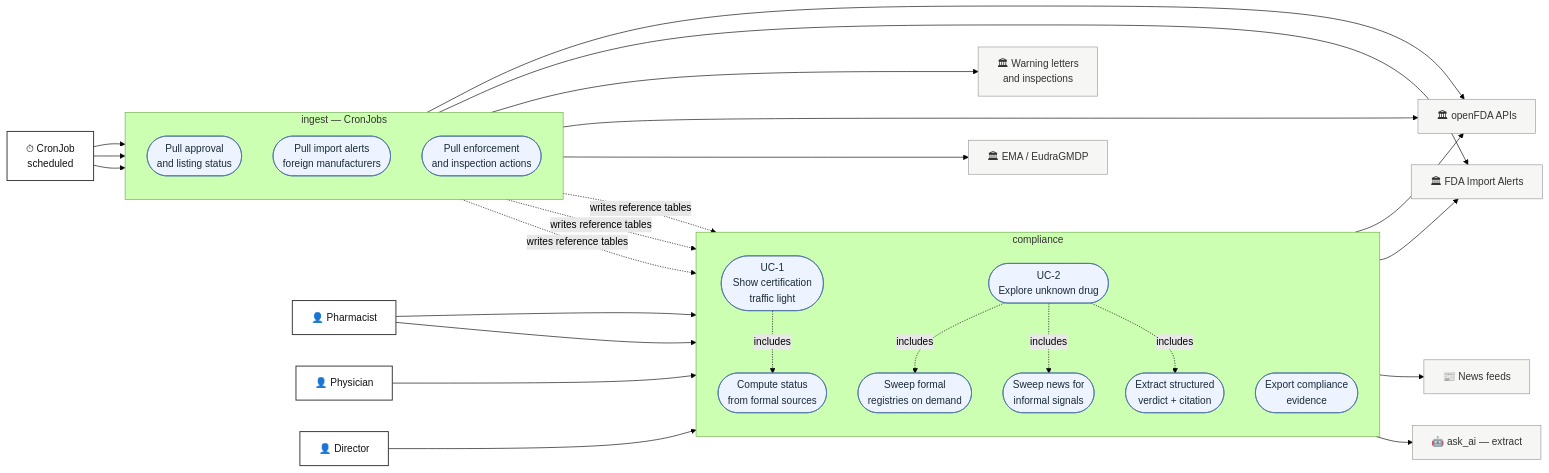
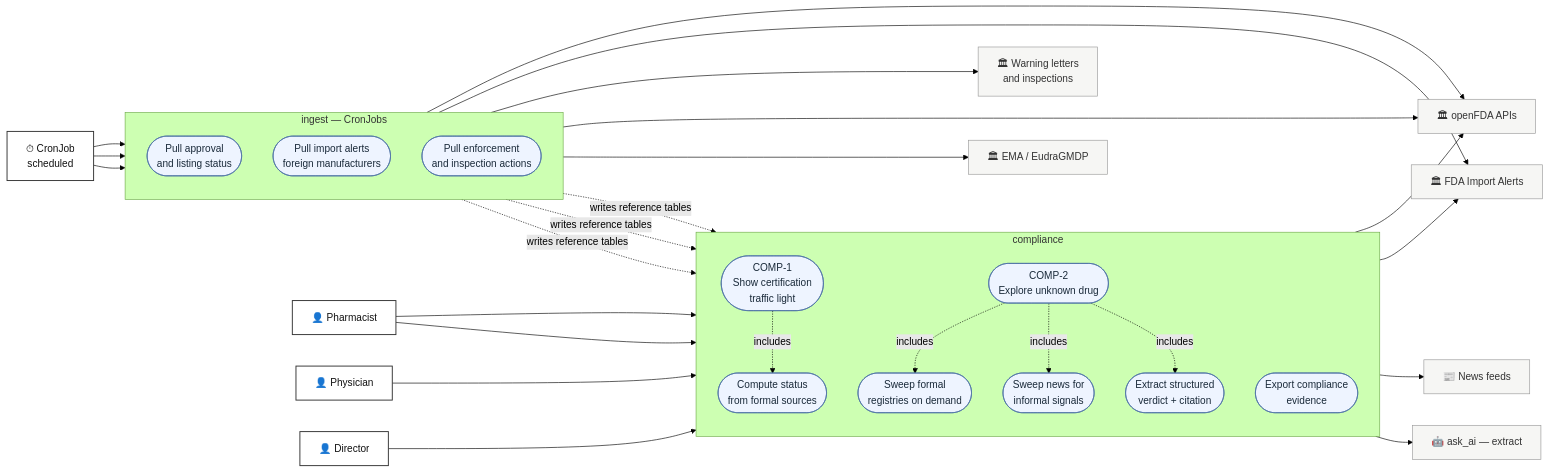
The first of 2 diagrams in docs/compliance-usecases.md (lohvinovpavel/MedStockAI), drawn with Mermaid (forest theme) before and after one commit. The commit also changed other lines of this file and 17 other files, not shown here.

````diff
--- a/docs/compliance-usecases.md
+++ b/docs/compliance-usecases.md
@@ -25,68 +25,68 @@
 ```mermaid
 graph LR
   PH["👤 Pharmacist"]
   PHY["👤 Physician"]
   DIR["👤 Director"]
   CRON["⏱ CronJob<br/>scheduled"]
 
   subgraph SYS["compliance"]
     direction TB
-    UC1(["UC-1<br/>Show certification<br/>traffic light"])
+    UC1(["COMP-1<br/>Show certification<br/>traffic light"])
     UC1A(["Compute status<br/>from formal sources"])
     UC1B(["Export compliance<br/>evidence"])
-    UC2(["UC-2<br/>Explore unknown drug"])
+    UC2(["COMP-2<br/>Explore unknown drug"])
     UC2A(["Sweep formal<br/>registries on demand"])
     UC2B(["Sweep news for<br/>informal signals"])
     UC2C(["Extract structured<br/>verdict + citation"])
   end
 
   subgraph ING["ingest — CronJobs"]
     direction TB
     I1(["Pull approval<br/>and listing status"])
     I2(["Pull import alerts<br/>foreign manufacturers"])
     I3(["Pull enforcement<br/>and inspection actions"])
   end
 
   FDA["🏛 openFDA APIs"]
   IA["🏛 FDA Import Alerts"]
   WL["🏛 Warning letters<br/>and inspections"]
   EMA["🏛 EMA / EudraGMDP"]
   NEWS["📰 News feeds"]
   AI["🤖 ask_ai — extract"]
 
   PH --> UC1
   PHY --> UC1
   DIR --> UC1B
   PH --> UC2
 
   UC1 -.->|includes| UC1A
   UC2 -.->|includes| UC2A
   UC2 -.->|includes| UC2B
   UC2 -.->|includes| UC2C
 
   CRON --> I1
   CRON --> I2
   CRON --> I3
 
   I1 --> FDA
   I2 --> IA
   I3 --> WL
   I3 --> FDA
   I2 --> EMA
 
   UC2A --> FDA
   UC2A --> IA
   UC2B --> NEWS
   UC2C --> AI
 
   I1 -.->|writes reference tables| UC1A
   I2 -.->|writes reference tables| UC1A
   I3 -.->|writes reference tables| UC1A
 
   classDef uc fill:#eef4ff,stroke:#4a6fa5,stroke-width:1px,color:#1a2a3a
   classDef ext fill:#f6f6f4,stroke:#999,stroke-width:1px,color:#333
   classDef actor fill:#fff,stroke:#333,stroke-width:1.5px,color:#111
   class UC1,UC1A,UC1B,UC2,UC2A,UC2B,UC2C,I1,I2,I3 uc
   class FDA,IA,WL,EMA,NEWS,AI ext
   class PH,PHY,DIR,CRON actor
 ```
````
